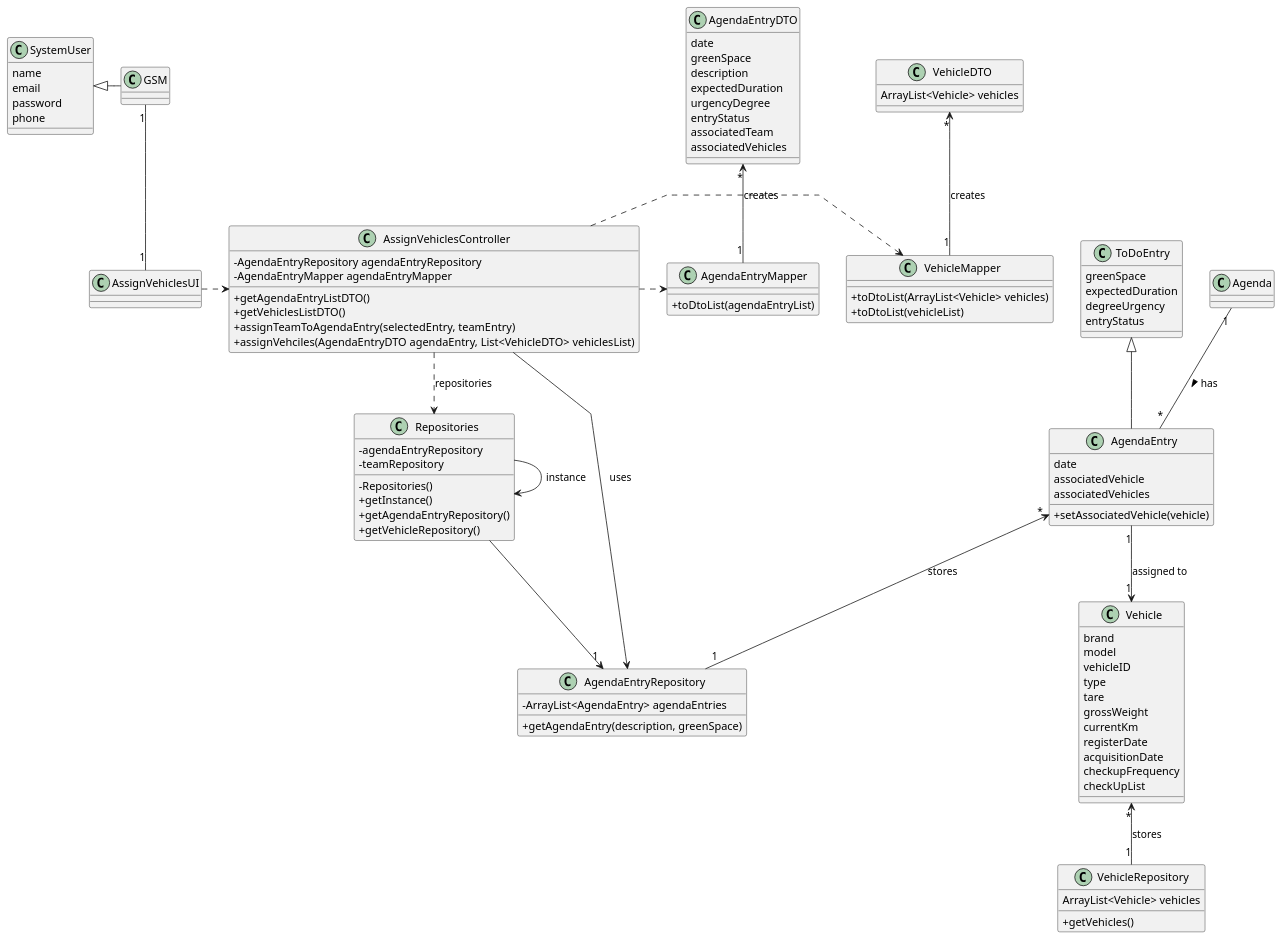
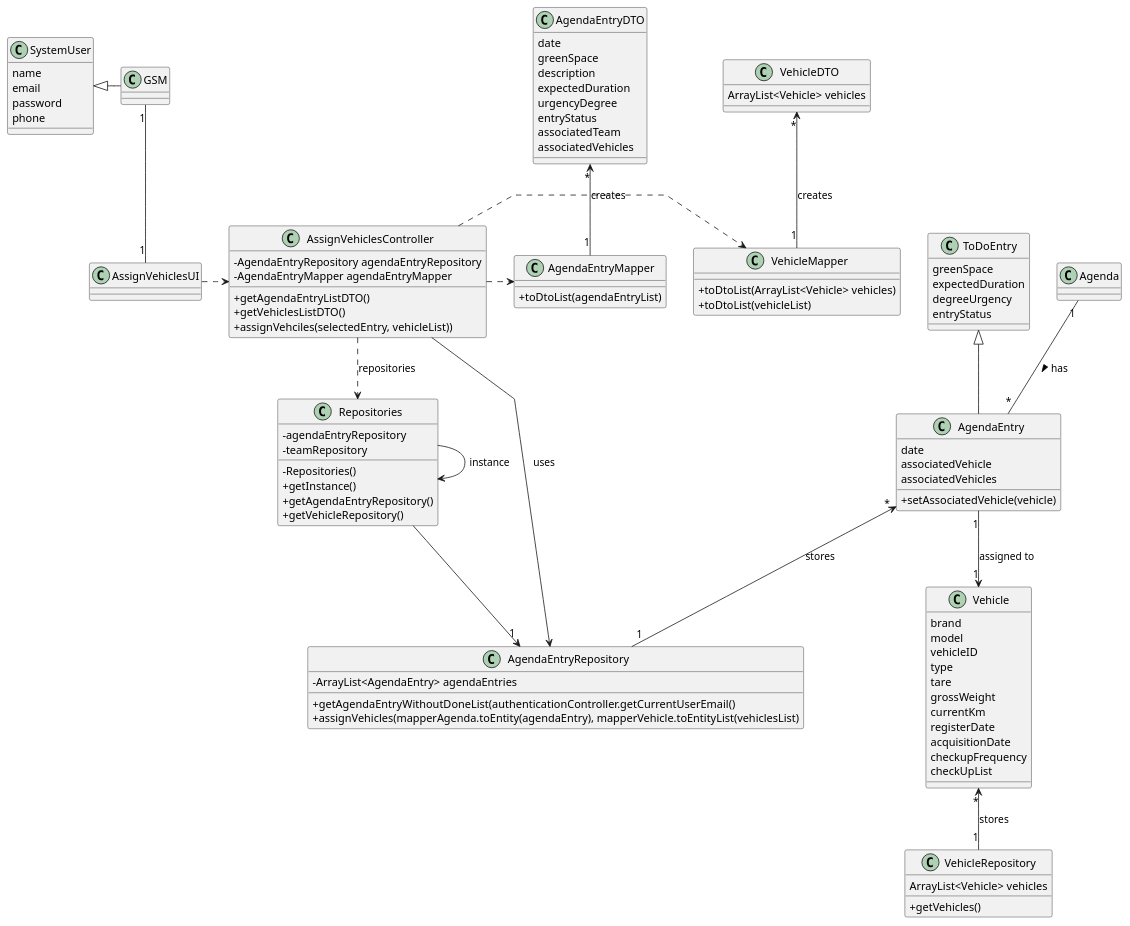
Before and after one commit to Departamento-de-Engenharia-Informatica/lei-24-s2-1do-g164: the diagram in docs/sprintC/us026/03.design/puml/us026-class-diagram.puml, drawn with PlantUML. The commit also changed 36 other files, not shown here.

```diff
--- a/docs/sprintC/us026/03.design/puml/us026-class-diagram.puml
+++ b/docs/sprintC/us026/03.design/puml/us026-class-diagram.puml
@@ -1,138 +1,137 @@
 @startuml
 skinparam classAttributeIconSize 0
 'skinparam monochrome true
 skinparam packageStyle rectangle
 skinparam shadowing false
 skinparam linetype polyline
 'skinparam linetype orto
 skinparam classAttributeIconSize 0
 
 
 
 class AgendaEntryDTO {
 
     date
     greenSpace
     description
     expectedDuration
     urgencyDegree
     entryStatus
     associatedTeam
     associatedVehicles
 
 }
 
 class Vehicle {
         brand
         model
         vehicleID
         type
         tare
         grossWeight
         currentKm
         registerDate
         acquisitionDate
         checkupFrequency
         checkUpList
 }
 class SystemUser {
     name
     email
     password
     phone
 }
 
 
 class AgendaEntryRepository {
     - ArrayList<AgendaEntry> agendaEntries
-    + getAgendaEntry(description, greenSpace)
-
+    +getAgendaEntryWithoutDoneList(authenticationController.getCurrentUserEmail()
+    +assignVehicles(mapperAgenda.toEntity(agendaEntry), mapperVehicle.toEntityList(vehiclesList)
 }
 
 class Repositories {
     - agendaEntryRepository
     -teamRepository
 
     - Repositories()
     + getInstance()
     + getAgendaEntryRepository()
     + getVehicleRepository()
 
 }
 
 class AgendaEntryMapper {
     + toDtoList(agendaEntryList)
 
 }
 
 
 class AssignVehiclesController {
     - AgendaEntryRepository agendaEntryRepository
     - AgendaEntryMapper agendaEntryMapper
 
     +getAgendaEntryListDTO()
     +getVehiclesListDTO()
-    +assignTeamToAgendaEntry(selectedEntry, teamEntry)
-    +assignVehciles(AgendaEntryDTO agendaEntry, List<VehicleDTO> vehiclesList)
+     + assignVehciles(selectedEntry, vehicleList))
 }
 
 class AssignVehiclesUI {
 
 }
 
 class AgendaEntry {
     date
     associatedVehicle
     associatedVehicles
     +setAssociatedVehicle(vehicle)
 }
 
 class VehicleRepository{
     ArrayList<Vehicle> vehicles
     +getVehicles()
 
 }
 
 class VehicleMapper {
 +toDtoList(ArrayList<Vehicle> vehicles)
 +toDtoList(vehicleList)
 
 }
 
 class VehicleDTO {
 ArrayList<Vehicle> vehicles
 }
 class ToDoEntry{
          greenSpace
          expectedDuration
          degreeUrgency
          entryStatus
 }
 
 
 
 
 
 AssignVehiclesUI .>AssignVehiclesController
 AssignVehiclesController ..> Repositories : repositories
 Repositories --> "1" AgendaEntryRepository
 Repositories -> Repositories : instance
 AssignVehiclesController .> AgendaEntryMapper
 AssignVehiclesController .> VehicleMapper
 AssignVehiclesController --> AgendaEntryRepository : uses
 
 SystemUser <|- GSM
 ToDoEntry <|-- AgendaEntry
 
 GSM "1" -- "1" AssignVehiclesUI
 AgendaEntry "*" <-- "1" AgendaEntryRepository : stores
 AgendaEntry"1" --> "1" Vehicle: assigned to
 Vehicle "*" <-- "1" VehicleRepository : stores
 AgendaEntryDTO "*" <-- "1" AgendaEntryMapper : creates
 VehicleDTO "*" <-- "1" VehicleMapper : creates
 Agenda "1" -- "*" AgendaEntry : has >
 
 
 
 
 @enduml
```
